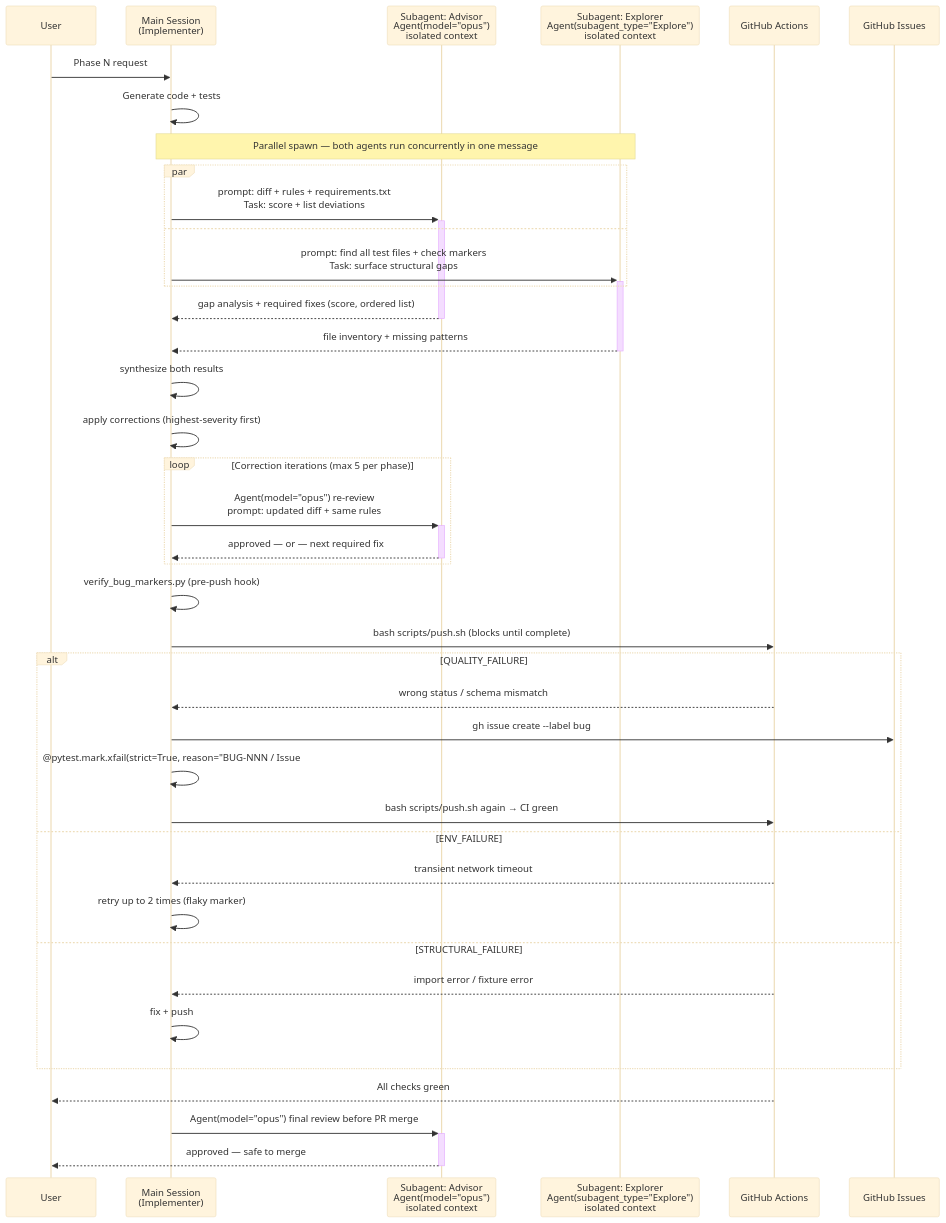
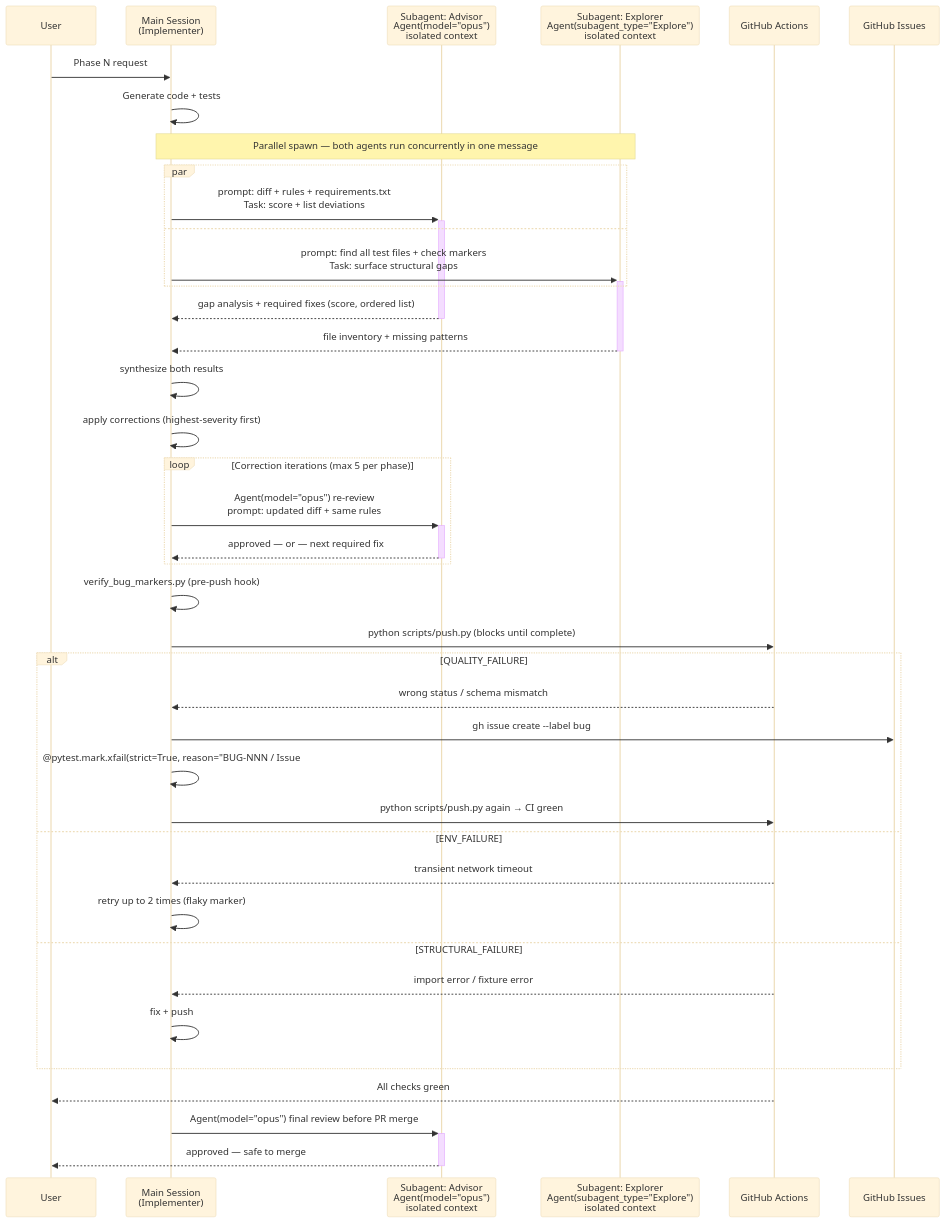
One commit to sks-54/api-test-framework changed the third of 7 diagrams in README.md. Above: the diagram before and after it, drawn with Mermaid (base theme). The commit also changed other lines of this file and 43 other files, not shown here.

````diff
--- a/README.md
+++ b/README.md
@@ -168,49 +168,49 @@
 ```mermaid
 sequenceDiagram
     participant U as User
     participant M as Main Session<br/>(Implementer)
     participant O as Subagent: Advisor<br/>Agent(model="opus")<br/>isolated context
     participant E as Subagent: Explorer<br/>Agent(subagent_type="Explore")<br/>isolated context
     participant CI as GitHub Actions
     participant GH as GitHub Issues
 
     U->>M: Phase N request
     M->>M: Generate code + tests
 
     Note over M,E: Parallel spawn — both agents run concurrently in one message
     par
         M->>+O: prompt: diff + rules + requirements.txt<br/>Task: score + list deviations
     and
         M->>+E: prompt: find all test files + check markers<br/>Task: surface structural gaps
     end
     O-->>-M: gap analysis + required fixes (score, ordered list)
     E-->>-M: file inventory + missing patterns
 
     M->>M: synthesize both results
     M->>M: apply corrections (highest-severity first)
 
     loop Correction iterations (max 5 per phase)
         M->>+O: Agent(model="opus") re-review<br/>prompt: updated diff + same rules
         O-->>-M: approved — or — next required fix
     end
 
     M->>M: verify_bug_markers.py (pre-push hook)
-    M->>CI: bash scripts/push.sh (blocks until complete)
+    M->>CI: python scripts/push.py (blocks until complete)
 
     alt QUALITY_FAILURE
         CI-->>M: wrong status / schema mismatch
         M->>GH: gh issue create --label bug
         M->>M: @pytest.mark.xfail(strict=True, reason="BUG-NNN / Issue #N")
-        M->>CI: bash scripts/push.sh again → CI green
+        M->>CI: python scripts/push.py again → CI green
     else ENV_FAILURE
         CI-->>M: transient network timeout
         M->>M: retry up to 2 times (flaky marker)
     else STRUCTURAL_FAILURE
         CI-->>M: import error / fixture error
         M->>M: fix + push
     end
 
     CI-->>U: All checks green
     M->>+O: Agent(model="opus") final review before PR merge
     O-->>-U: approved — safe to merge
 ```
````
